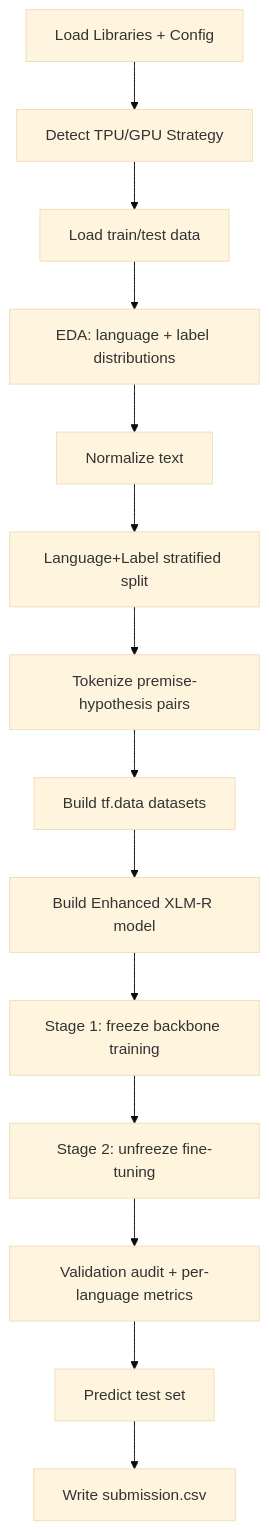
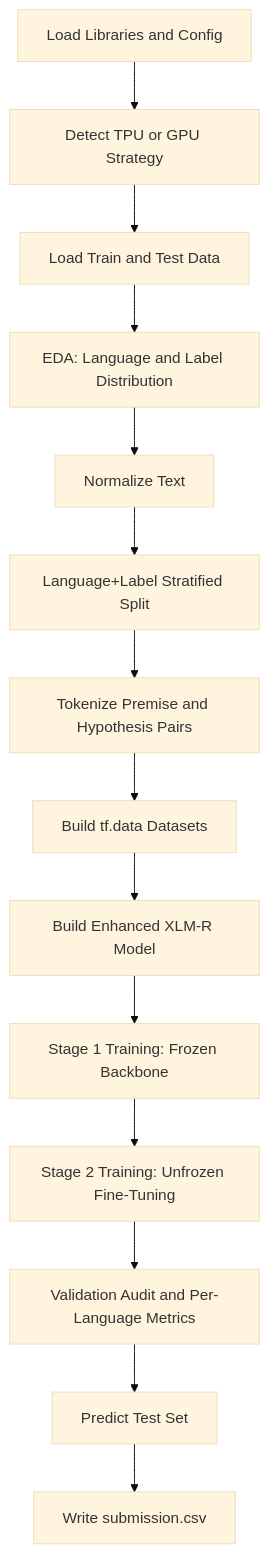
One commit to Seventie/Contradictory-My-Dear-Watson changed the first of 2 diagrams in README.md. Above: the diagram before and after it, drawn with Mermaid (base theme). The commit also changed other lines of this file, not shown here.

Commit message:
Refactor flowcharts and enhance README clarity
Updated flowchart syntax and improved readability in the README.

````diff
--- a/README.md
+++ b/README.md
@@ -32,16 +32,16 @@
 ```mermaid
-graph TD
-    A[Load Libraries + Config] --> B[Detect TPU/GPU Strategy]
-    B --> C[Load train/test data]
-    C --> D[EDA: language + label distributions]
-    D --> E[Normalize text]
-    E --> F[Language+Label stratified split]
-    F --> G[Tokenize premise-hypothesis pairs]
-    G --> H[Build tf.data datasets]
-    H --> I[Build Enhanced XLM-R model]
-    I --> J[Stage 1: freeze backbone training]
-    J --> K[Stage 2: unfreeze fine-tuning]
-    K --> L[Validation audit + per-language metrics]
-    L --> M[Predict test set]
-    M --> N[Write submission.csv]
+flowchart TB
+    F1["Load Libraries and Config"] --> F2["Detect TPU or GPU Strategy"]
+    F2 --> F3["Load Train and Test Data"]
+    F3 --> F4["EDA: Language and Label Distribution"]
+    F4 --> F5["Normalize Text"]
+    F5 --> F6["Language+Label Stratified Split"]
+    F6 --> F7["Tokenize Premise and Hypothesis Pairs"]
+    F7 --> F8["Build tf.data Datasets"]
+    F8 --> F9["Build Enhanced XLM-R Model"]
+    F9 --> F10["Stage 1 Training: Frozen Backbone"]
+    F10 --> F11["Stage 2 Training: Unfrozen Fine-Tuning"]
+    F11 --> F12["Validation Audit and Per-Language Metrics"]
+    F12 --> F13["Predict Test Set"]
+    F13 --> F14["Write submission.csv"]
 ```
````
